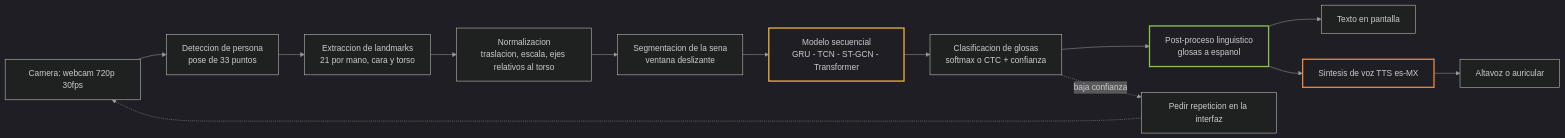
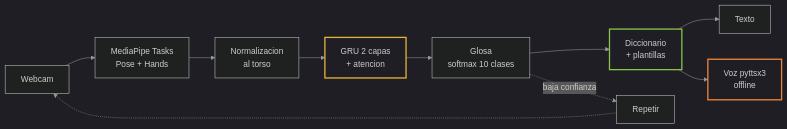
Before and after one commit to willypaz243/signvoice: the diagram in docs/informe/entrega1_informe.md, drawn with Mermaid. The commit also changed other lines of this file, not shown here.

````diff
--- a/docs/informe/entrega1_informe.md
+++ b/docs/informe/entrega1_informe.md
@@ -263,19 +127,16 @@
 ```mermaid
 %%{init: {'theme':'dark','themeVariables':{'darkMode':true,'primaryTextColor':'#e6e6e6','nodeTextColor':'#e6e6e6','edgeLabelColor':'#e6e6e6','lineColor':'#9a9a9a'},'themeCSS':'.nodeLabel,.nodeText,.edgeLabel,.label{color:#e6e6e6!important}'}}%%
 flowchart LR
-    A[Camera: webcam 720p 30fps] --> B[Deteccion de persona<br/>pose de 33 puntos]
-    B --> C[Extraccion de landmarks<br/>21 por mano, cara y torso]
-    C --> D[Normalizacion<br/>traslacion, escala, ejes relativos al torso]
-    D --> E[Segmentacion de la sena<br/>ventana deslizante]
-    E --> F[Modelo secuencial<br/>GRU - TCN - ST-GCN - Transformer]
-    F --> G[Clasificacion de glosas<br/>softmax o CTC + confianza]
-    G --> H[Post-proceso linguistico<br/>glosas a espanol]
-    H --> I[Texto en pantalla]
-    H --> J[Sintesis de voz TTS es-MX]
-    J --> K[Altavoz o auricular]
-    G -.->|baja confianza| L[Pedir repeticion en la interfaz]
-    L -.-> A
-    style F fill:none,stroke:#e8b339,stroke-width:2.5px
-    style H fill:none,stroke:#8bc34a,stroke-width:2.5px
-    style J fill:none,stroke:#f0863c,stroke-width:2.5px
+    A[Webcam] --> B[MediaPipe Tasks<br/>Pose + Hands]
+    B --> C[Normalizacion<br/>al torso]
+    C --> D[GRU 2 capas<br/>+ atencion]
+    D --> E[Glosa<br/>softmax 10 clases]
+    E --> F[Diccionario<br/>+ plantillas]
+    F --> G[Texto]
+    F --> H[Voz pyttsx3<br/>offline]
+    E -.->|baja confianza| I[Repetir]
+    I -.-> A
+    style D fill:none,stroke:#e8b339,stroke-width:2.5px
+    style F fill:none,stroke:#8bc34a,stroke-width:2.5px
+    style H fill:none,stroke:#f0863c,stroke-width:2.5px
 ```
````
